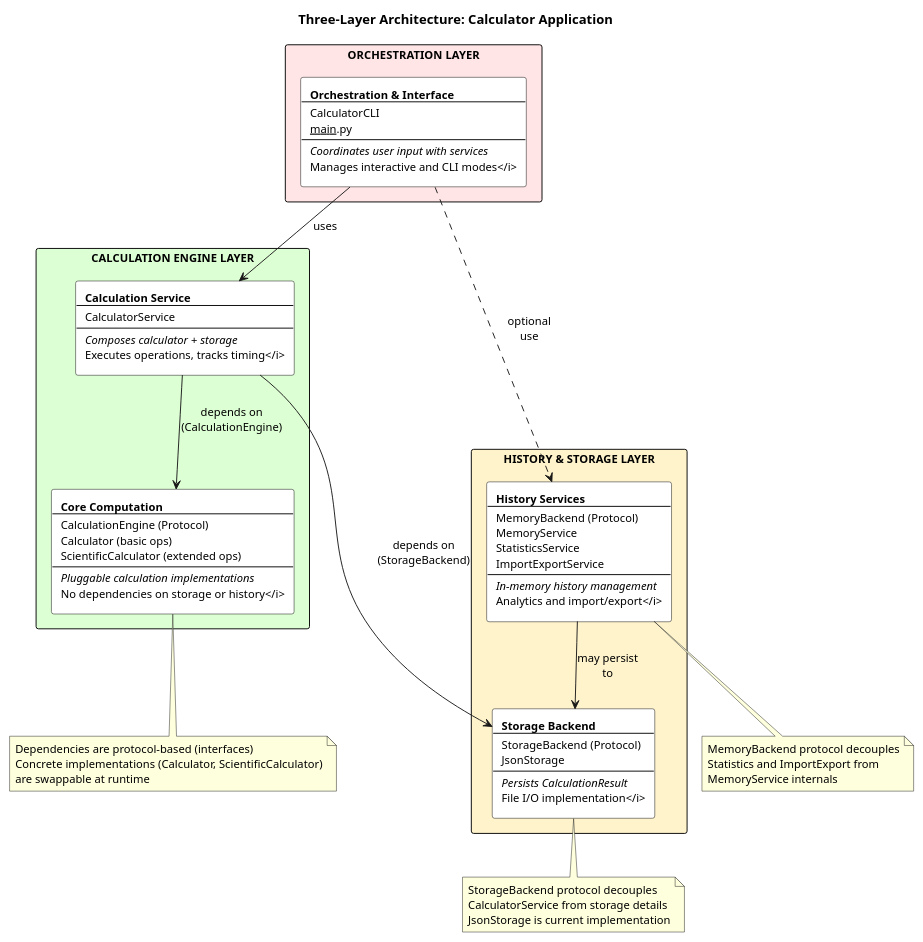
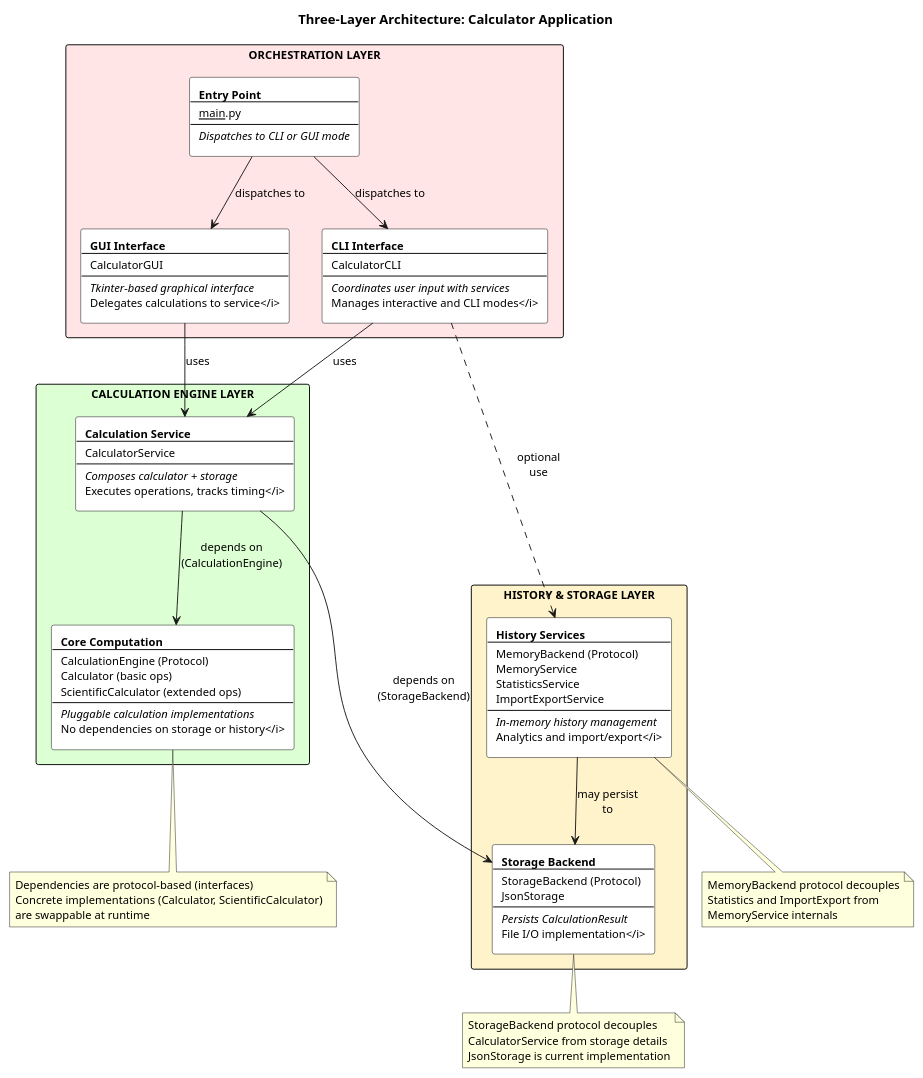
Before and after one commit to DanielRiha8906/Software_autoevolution_using_agents: the diagram in experiments/pipeline/test_driven/calculator/artifacts/architecture_layers.puml, drawn with PlantUML. The commit also changed 9 other files, not shown here.

```diff
--- a/experiments/pipeline/test_driven/calculator/artifacts/architecture_layers.puml
+++ b/experiments/pipeline/test_driven/calculator/artifacts/architecture_layers.puml
@@ -1,91 +1,110 @@
 @startuml architecture_layers
 
 skinparam rectangleBackgroundColor White
 skinparam rectangleBorderColor Black
 skinparam defaultFontSize 12
 
 title Three-Layer Architecture: Calculator Application
 
 rectangle "ORCHESTRATION LAYER" #FFE5E5 {
     rectangle CLI [
-        <b>Orchestration & Interface</b>
+        <b>CLI Interface</b>
         ----
         CalculatorCLI
-        __main__.py
         ----
         <i>Coordinates user input with services
         Manages interactive and CLI modes</i>
+    ]
+
+    rectangle GUI [
+        <b>GUI Interface</b>
+        ----
+        CalculatorGUI
+        ----
+        <i>Tkinter-based graphical interface
+        Delegates calculations to service</i>
+    ]
+
+    rectangle EntryPoint [
+        <b>Entry Point</b>
+        ----
+        __main__.py
+        ----
+        <i>Dispatches to CLI or GUI mode</i>
     ]
 }
 
 rectangle "CALCULATION ENGINE LAYER" #DDFFD4 {
     rectangle CalcEngine [
         <b>Core Computation</b>
         ----
         CalculationEngine (Protocol)
         Calculator (basic ops)
         ScientificCalculator (extended ops)
         ----
         <i>Pluggable calculation implementations
         No dependencies on storage or history</i>
     ]
 
     rectangle CalcService [
         <b>Calculation Service</b>
         ----
         CalculatorService
         ----
         <i>Composes calculator + storage
         Executes operations, tracks timing</i>
     ]
 }
 
 rectangle "HISTORY & STORAGE LAYER" #FFF3CC {
     rectangle StorageComp [
         <b>Storage Backend</b>
         ----
         StorageBackend (Protocol)
         JsonStorage
         ----
         <i>Persists CalculationResult
         File I/O implementation</i>
     ]
 
     rectangle HistoryComp [
         <b>History Services</b>
         ----
         MemoryBackend (Protocol)
         MemoryService
         StatisticsService
         ImportExportService
         ----
         <i>In-memory history management
         Analytics and import/export</i>
     ]
 }
 
+EntryPoint --> CLI : dispatches to
+EntryPoint --> GUI : dispatches to
 CLI --> CalcService : uses
+GUI --> CalcService : uses
 CalcService --> CalcEngine : depends on\n(CalculationEngine)
 CalcService --> StorageComp : depends on\n(StorageBackend)
 HistoryComp --> StorageComp : may persist\nto
 CLI -.-> HistoryComp : optional\nuse
 
 note bottom of CalcEngine
   Dependencies are protocol-based (interfaces)
   Concrete implementations (Calculator, ScientificCalculator)
   are swappable at runtime
 end note
 
 note bottom of StorageComp
   StorageBackend protocol decouples
   CalculatorService from storage details
   JsonStorage is current implementation
 end note
 
 note bottom of HistoryComp
   MemoryBackend protocol decouples
   Statistics and ImportExport from
   MemoryService internals
 end note
 
 @enduml
```
